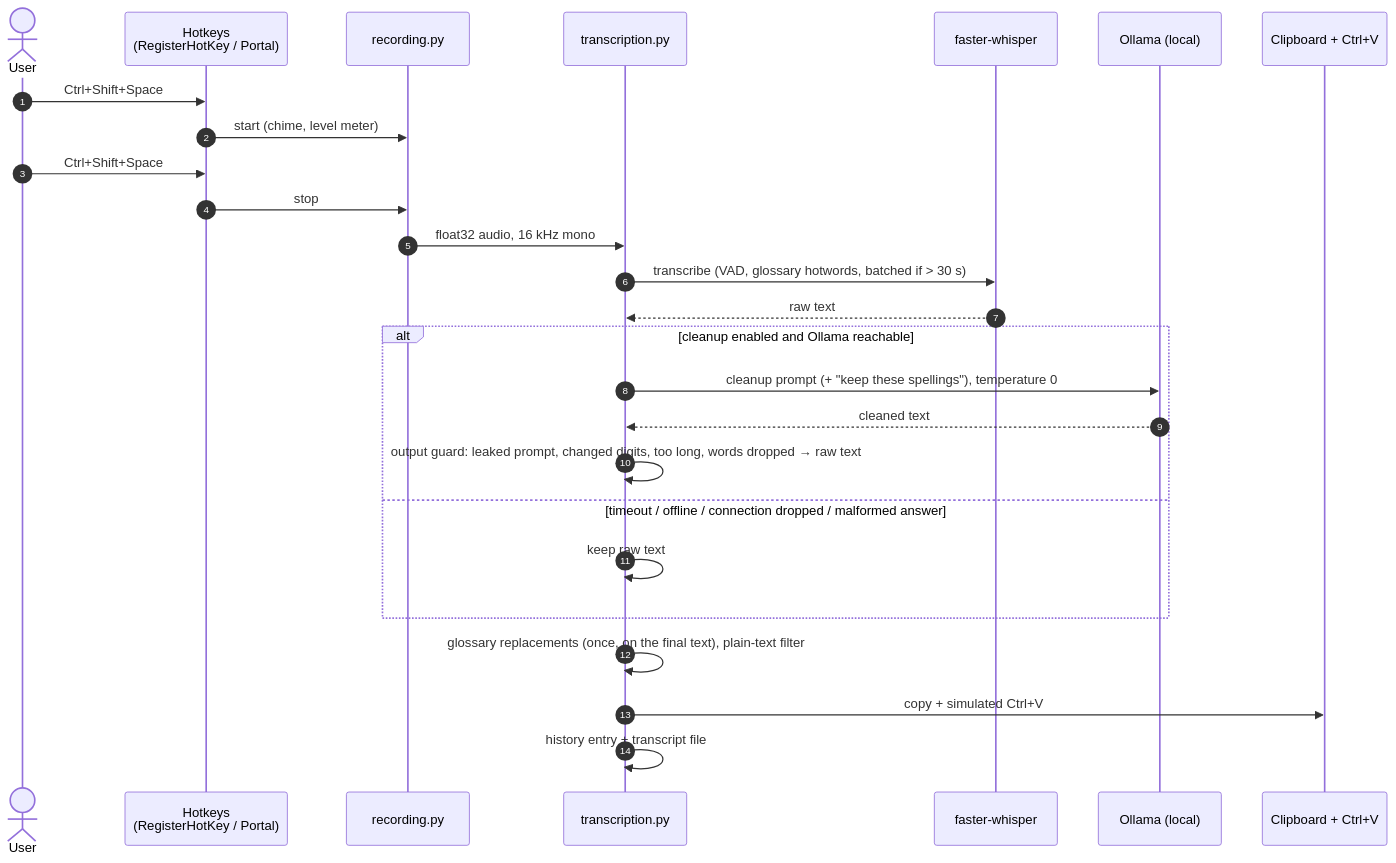
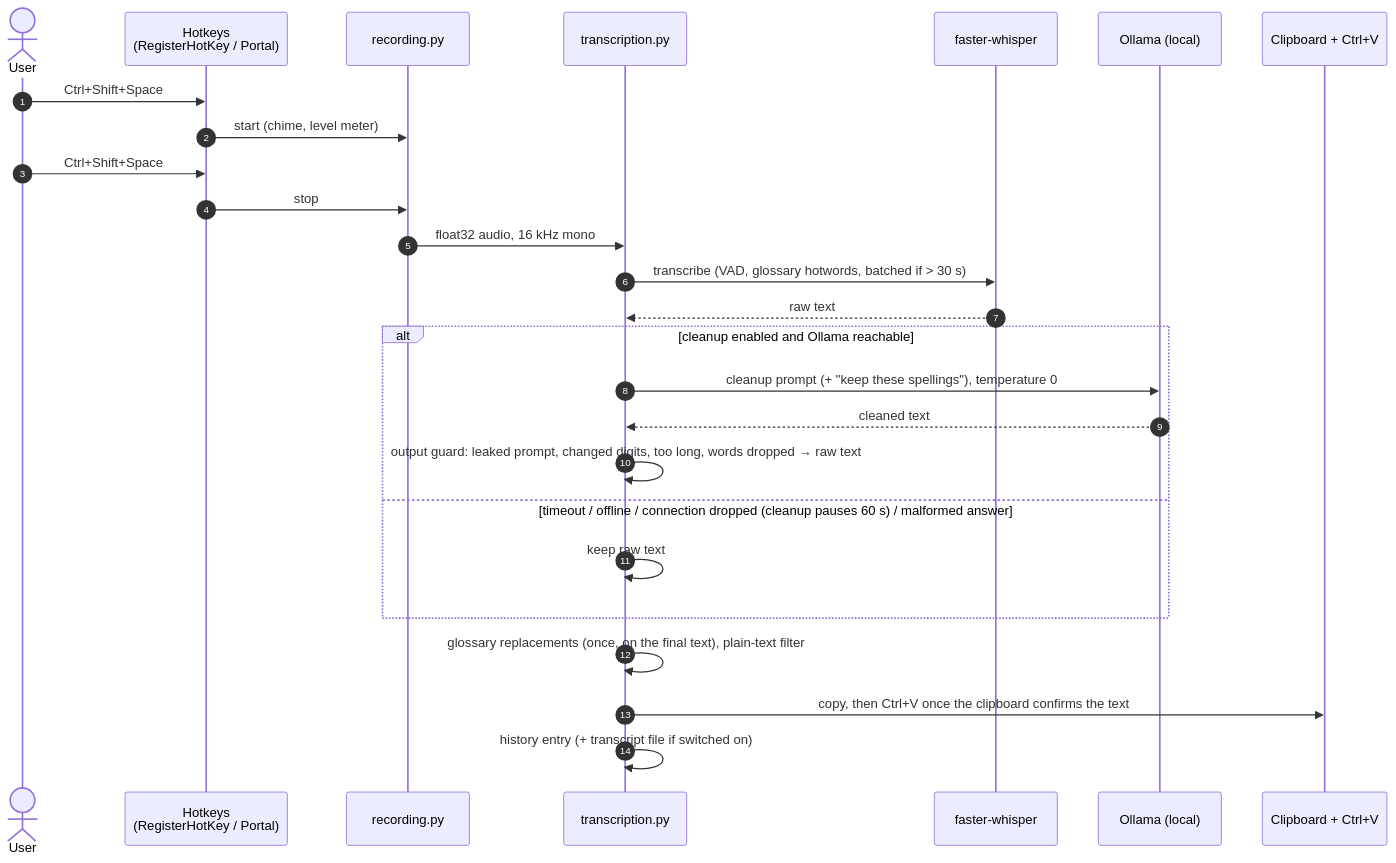
Before and after one commit to Mosaik114/hams-bachelorprojekt: the diagram in docs/architecture.md, drawn with Mermaid. The commit also changed 1 other file, not shown here.

Commit message:
Docs: the pipeline diagrams show the confirmed paste and optional transcript files

````diff
--- a/docs/architecture.md
+++ b/docs/architecture.md
@@ -8,29 +8,29 @@
 ```mermaid
 sequenceDiagram
   autonumber
   actor U as User
   participant HK as Hotkeys<br/>(RegisterHotKey / Portal)
   participant REC as recording.py
   participant TR as transcription.py
   participant W as faster-whisper
   participant O as Ollama (local)
   participant OS as Clipboard + Ctrl+V
 
   U->>HK: Ctrl+Shift+Space
   HK->>REC: start (chime, level meter)
   U->>HK: Ctrl+Shift+Space
   HK->>REC: stop
   REC->>TR: float32 audio, 16 kHz mono
   TR->>W: transcribe (VAD, glossary hotwords, batched if > 30 s)
   W-->>TR: raw text
   alt cleanup enabled and Ollama reachable
     TR->>O: cleanup prompt (+ "keep these spellings"), temperature 0
     O-->>TR: cleaned text
     TR->>TR: output guard: leaked prompt, changed digits, too long, words dropped → raw text
-  else timeout / offline / connection dropped / malformed answer
+  else timeout / offline / connection dropped (cleanup pauses 60 s) / malformed answer
     TR->>TR: keep raw text
   end
   TR->>TR: glossary replacements (once, on the final text), plain-text filter
-  TR->>OS: copy + simulated Ctrl+V
-  TR->>TR: history entry + transcript file
+  TR->>OS: copy, then Ctrl+V once the clipboard confirms the text
+  TR->>TR: history entry (+ transcript file if switched on)
 ```
````
